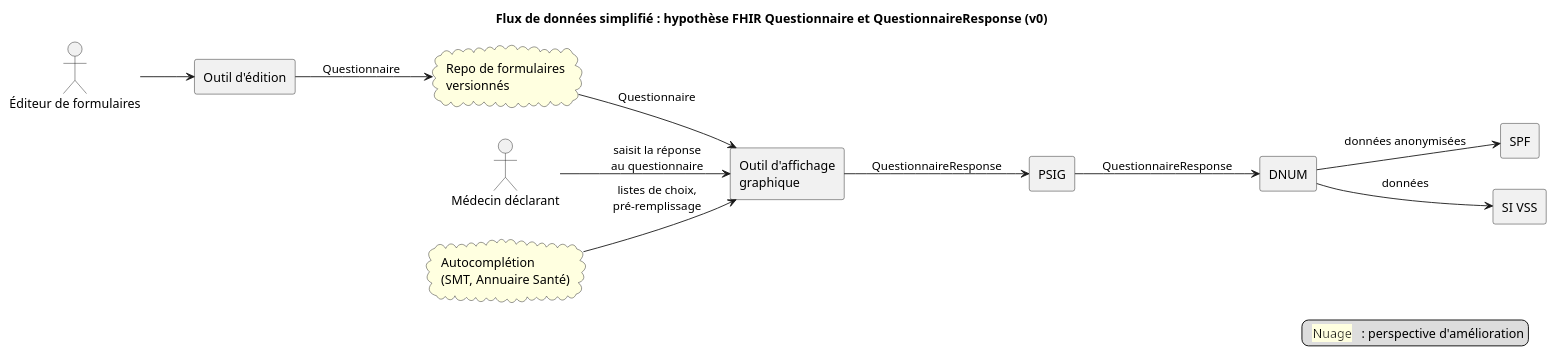
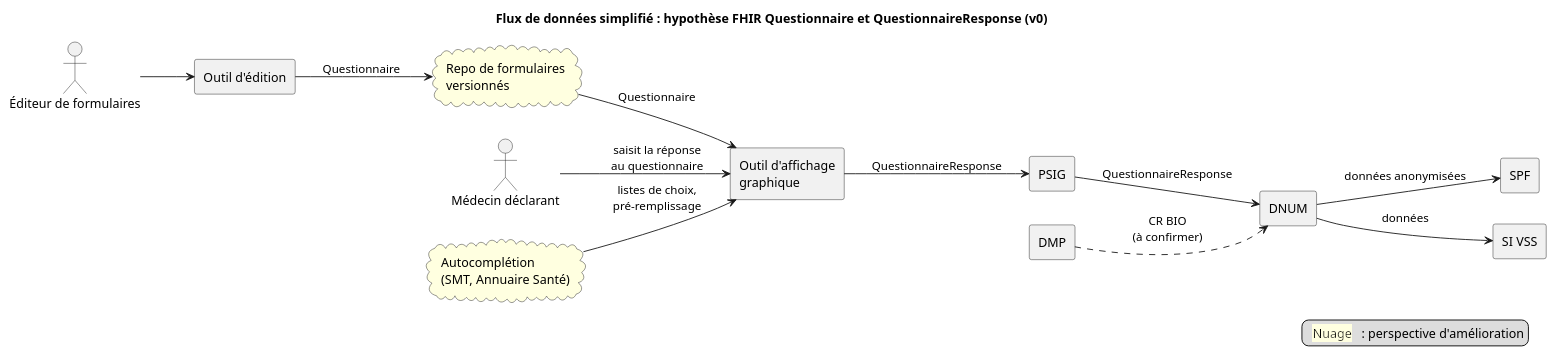
The diagram in input/images-source/architecture-flux-donnees-simplifie.plantuml (nriss/ig-test-dmso), drawn with PlantUML before and after one commit.

Commit message:
Architecture : ajout du DMP (CR BIO, à confirmer) comme source de la DNUM

```diff
--- a/input/images-source/architecture-flux-donnees-simplifie.plantuml
+++ b/input/images-source/architecture-flux-donnees-simplifie.plantuml
@@ -1,32 +1,34 @@
 @startuml
 ' Version 0 - à améliorer
 title Flux de données simplifié : hypothèse FHIR Questionnaire et QuestionnaireResponse (v0)
 
 left to right direction
 
 actor "Éditeur de formulaires" as ED
 actor "Médecin déclarant" as PS
 
 rectangle "Outil d'édition" as FD
 cloud "Repo de formulaires\nversionnés" as FM #LightYellow
 rectangle "Outil d'affichage\ngraphique" as FF
 cloud "Autocomplétion\n(SMT, Annuaire Santé)" as AC #LightYellow
 rectangle "PSIG" as PSIG
 rectangle "DNUM" as DNUM
+rectangle "DMP" as DMP
 rectangle "SPF" as SPF
 rectangle "SI VSS" as VSS
 
 ED --> FD
 FD --> FM : Questionnaire
 FM --> FF : Questionnaire
 AC --> FF : listes de choix,\npré-remplissage
 PS --> FF : saisit la réponse\nau questionnaire
 FF --> PSIG : QuestionnaireResponse
 PSIG --> DNUM : QuestionnaireResponse
+DMP ..> DNUM : CR BIO\n(à confirmer)
 DNUM --> SPF : données anonymisées
 DNUM --> VSS : données
 
 legend right
   <back:LightYellow>  Nuage  </back> : perspective d'amélioration
 endlegend
 @enduml
```
